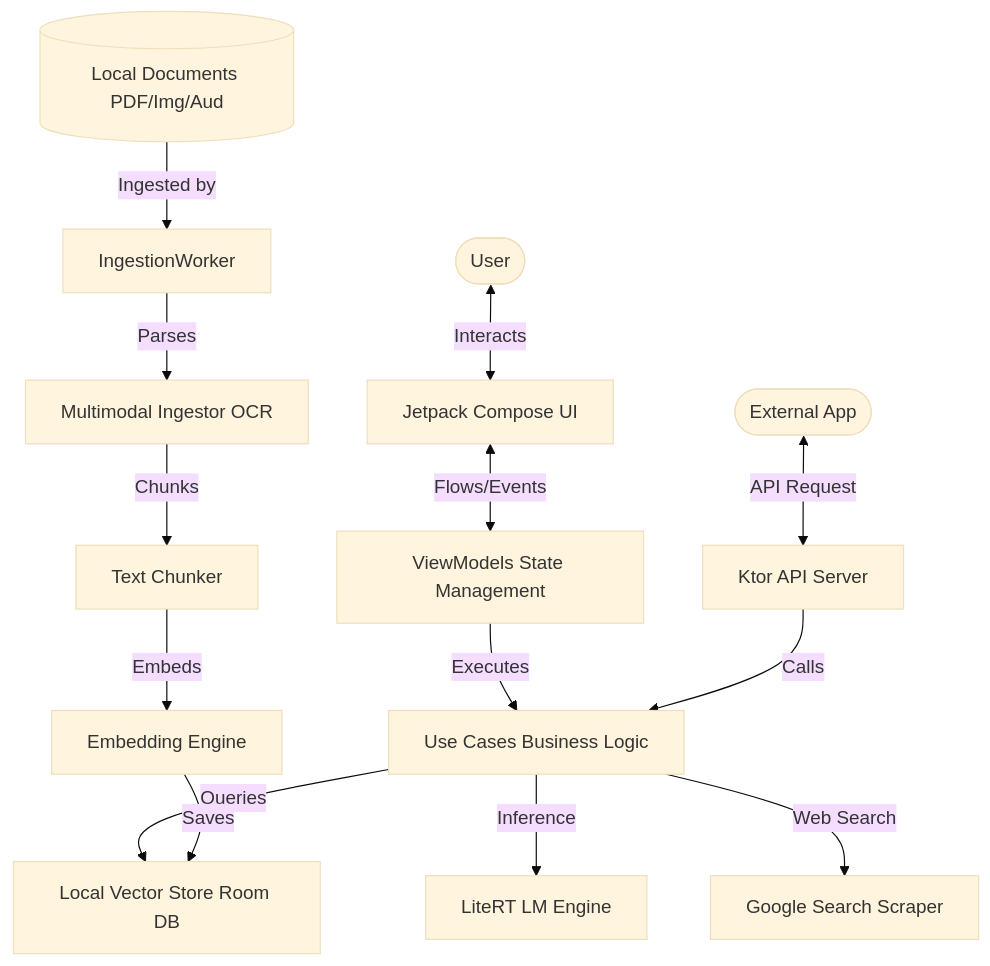
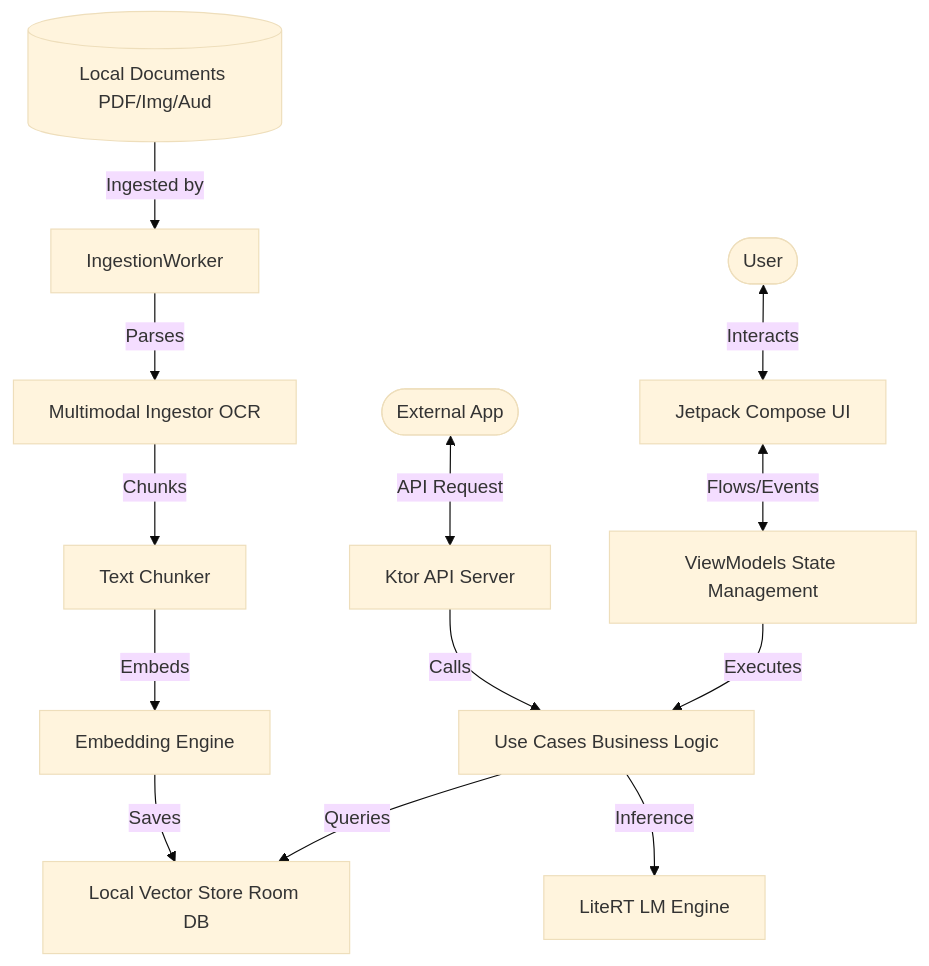
One commit to kallolchakraborty/Chhanda-AI changed the first of 3 diagrams in README.md. Above: the diagram before and after it, drawn with Mermaid (base theme). The commit also changed other lines of this file and 5 other files, not shown here.

````diff
--- a/README.md
+++ b/README.md
@@ -26,18 +27,17 @@
 ```mermaid
 graph TD
     User([User]) <-->|Interacts| UI[Jetpack Compose UI]
     UI <-->|Flows/Events| VM[ViewModels State Management]
     VM -->|Executes| UC[Use Cases Business Logic]
     UC -->|Queries| VS[Local Vector Store Room DB]
     UC -->|Inference| LE[LiteRT LM Engine]
-    UC -->|Web Search| GS[Google Search Scraper]
     
     Docs[(Local Documents PDF/Img/Aud)] -->|Ingested by| IW[IngestionWorker]
     IW -->|Parses| MI[Multimodal Ingestor OCR]
     MI -->|Chunks| TC[Text Chunker]
     TC -->|Embeds| EE[Embedding Engine]
     EE -->|Saves| VS
     
     ExternalApp([External App]) <-->|API Request| KS[Ktor API Server]
     KS -->|Calls| UC
 ```
````
